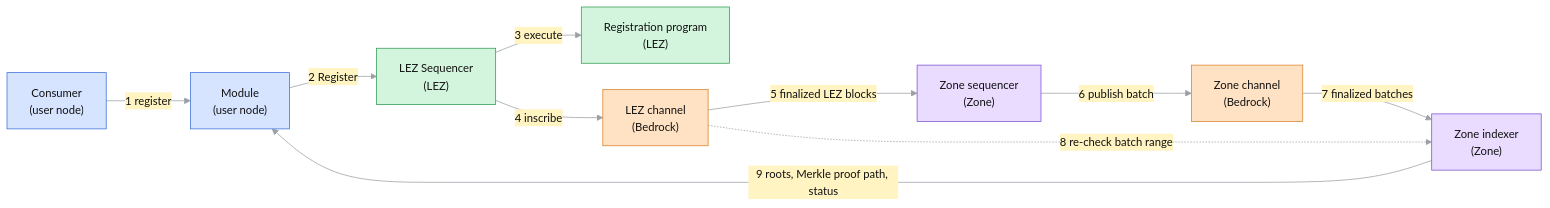
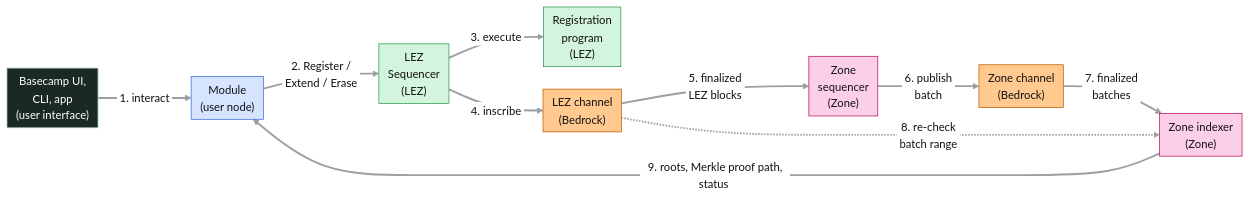
Before and after one commit to logos-co/logos-rln-membership-zone: the first of 5 diagrams in docs/rfc-rln-membership-zone.md, drawn with Mermaid. The commit also changed other lines of this file, not shown here.

````diff
--- a/docs/rfc-rln-membership-zone.md
+++ b/docs/rfc-rln-membership-zone.md
@@ -201,22 +168,25 @@
 ```mermaid
-%%{init: {"theme": "base", "flowchart": {"nodeSpacing": 35, "rankSpacing": 50}, "themeVariables": {"lineColor": "#9aa0a6", "primaryTextColor": "#111111", "edgeLabelBackground": "#fff4c2", "fontSize": "15px"}}}%%
+%%{init: {"theme": "base", "flowchart": {"nodeSpacing": 30, "rankSpacing": 50, "padding": 6}, "themeVariables": {"lineColor": "#9aa0a6", "primaryTextColor": "#111111", "edgeLabelBackground": "#ffffff", "fontSize": "15px"}, "themeCSS": "marker { overflow: visible; } .arrowMarkerPath { transform: scale(1.7); transform-origin: 5px 5px; } .edgeLabel, .edgeLabel p, .edgeLabel span { font-size: 12px; line-height: 1.2; }"}}%%
 flowchart LR
-    APP["Consumer<br/>(user node)"] -->|"1 register"| MOD["Module<br/>(user node)"]
-    MOD -->|"2 Register"| LSEQ["LEZ Sequencer<br/>(LEZ)"]
-    LSEQ -->|"3 execute"| PROG["Registration program<br/>(LEZ)"]
-    LSEQ -->|"4 inscribe"| LCH["LEZ channel<br/>(Bedrock)"]
-    LCH -->|"5 finalized LEZ blocks"| ZSEQ["Zone sequencer<br/>(Zone)"]
-    ZSEQ -->|"6 publish batch"| ZCH["Zone channel<br/>(Bedrock)"]
-    ZCH -->|"7 finalized batches"| IDX["Zone indexer<br/>(Zone)"]
-    LCH -.->|"8 re-check batch range"| IDX
-    IDX -->|"9 roots, Merkle proof path, status"| MOD
+    APP["Basecamp UI,<br/>CLI, app<br/>(user interface)"] -->|"#nbsp;1. interact#nbsp;"| MOD["Module<br/>(user node)"]
+    MOD -->|"#nbsp;2. Register /#nbsp;<br/>#nbsp;Extend / Erase#nbsp;"| LSEQ["LEZ<br/>Sequencer<br/>(LEZ)"]
+    LSEQ -->|"#nbsp;3. execute#nbsp;"| PROG["Registration<br/>program<br/>(LEZ)"]
+    LSEQ -->|"#nbsp;4. inscribe#nbsp;"| LCH["LEZ channel<br/>(Bedrock)"]
+    LCH -->|"#nbsp;5. finalized#nbsp;<br/>#nbsp;LEZ blocks#nbsp;"| ZSEQ["Zone<br/>sequencer<br/>(Zone)"]
+    ZSEQ -->|"#nbsp;6. publish#nbsp;<br/>#nbsp;batch#nbsp;"| ZCH["Zone channel<br/>(Bedrock)"]
+    ZCH -->|"#nbsp;7. finalized#nbsp;<br/>#nbsp;batches#nbsp;"| IDX["Zone indexer<br/>(Zone)"]
+    LCH -.->|"#nbsp;8. re-check#nbsp;<br/>#nbsp;batch range#nbsp;"| IDX
+    IDX -->|"#nbsp;9. roots, Merkle proof path, status#nbsp;"| MOD
+    linkStyle default stroke-width:2.5px
 
+    classDef ui fill:#1a2826,stroke:#9fbfb3,color:#ffffff
     classDef user fill:#d6e4ff,stroke:#3b6fd8,color:#111111
     classDef lez fill:#d4f5dd,stroke:#2e9b52,color:#111111
-    classDef l1 fill:#ffe2c4,stroke:#d9822b,color:#111111
-    classDef zone fill:#e9dcff,stroke:#7d4fd1,color:#111111
-    class APP,MOD user
+    classDef l1 fill:#ffc98f,stroke:#c25e00,color:#111111
+    classDef zone fill:#fbcfe8,stroke:#be185d,color:#111111
+    class APP ui
+    class MOD user
     class LSEQ,PROG lez
     class LCH,ZCH l1
     class ZSEQ,IDX zone
 ```
````
